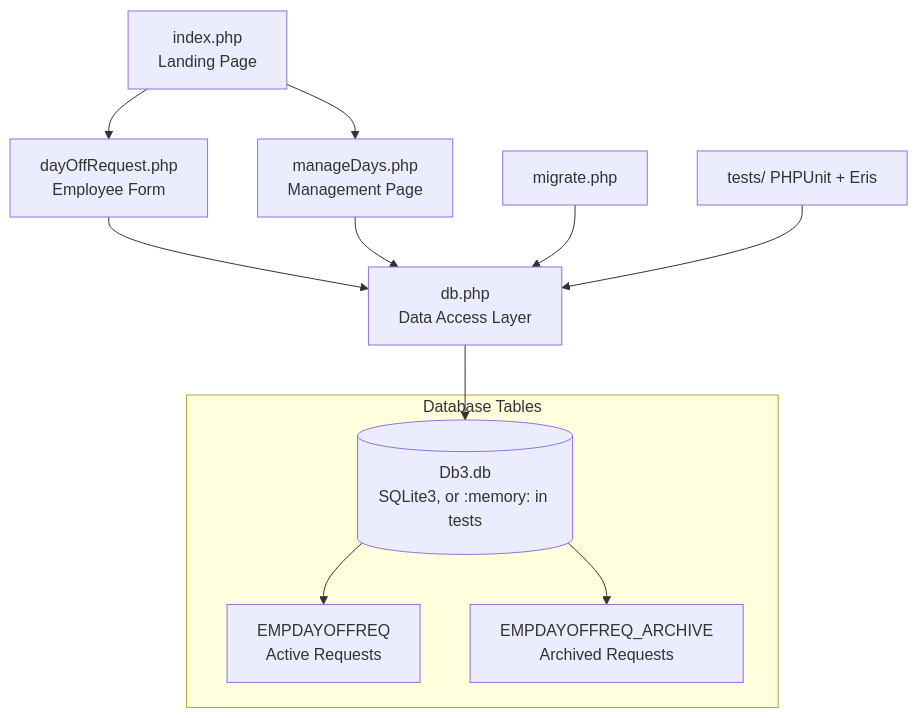
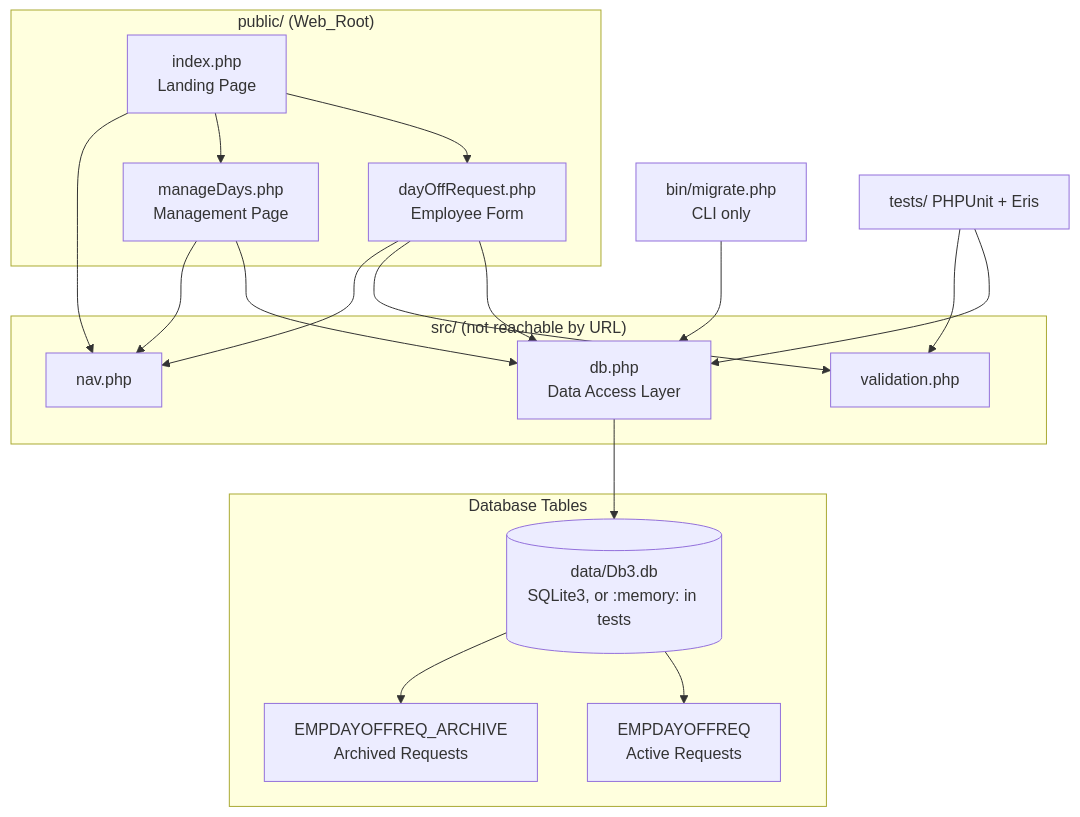
Before and after one commit to chadb3/DayOffRequest_V1: the first of 3 diagrams in .kiro/specs/day-off-request/design.md, drawn with Mermaid. The commit also changed other lines of this file and 17 other files, not shown here.

Commit message:
refactor: move to public web root so data and source aren't reachable by URL

````diff
--- a/.kiro/specs/day-off-request/design.md
+++ b/.kiro/specs/day-off-request/design.md
@@ -23,15 +24,27 @@
 ```mermaid
 graph TD
-    A[index.php<br/>Landing Page] --> B[dayOffRequest.php<br/>Employee Form]
-    A --> C[manageDays.php<br/>Management Page]
-    B --> L[db.php<br/>Data Access Layer]
+    subgraph "public/ (Web_Root)"
+        A[index.php<br/>Landing Page] --> B[dayOffRequest.php<br/>Employee Form]
+        A --> C[manageDays.php<br/>Management Page]
+    end
+    subgraph "src/ (not reachable by URL)"
+        L[db.php<br/>Data Access Layer]
+        V[validation.php]
+        N[nav.php]
+    end
+    B --> L
+    B --> V
+    B --> N
     C --> L
-    M[migrate.php] --> L
+    C --> N
+    A --> N
+    M[bin/migrate.php<br/>CLI only] --> L
     T[tests/ PHPUnit + Eris] --> L
-    L --> D[(Db3.db<br/>SQLite3, or :memory: in tests)]
+    T --> V
+    L --> D[(data/Db3.db<br/>SQLite3, or :memory: in tests)]
 
     subgraph "Database Tables"
         D --> E[EMPDAYOFFREQ<br/>Active Requests]
         D --> F[EMPDAYOFFREQ_ARCHIVE<br/>Archived Requests]
     end
 ```
````
